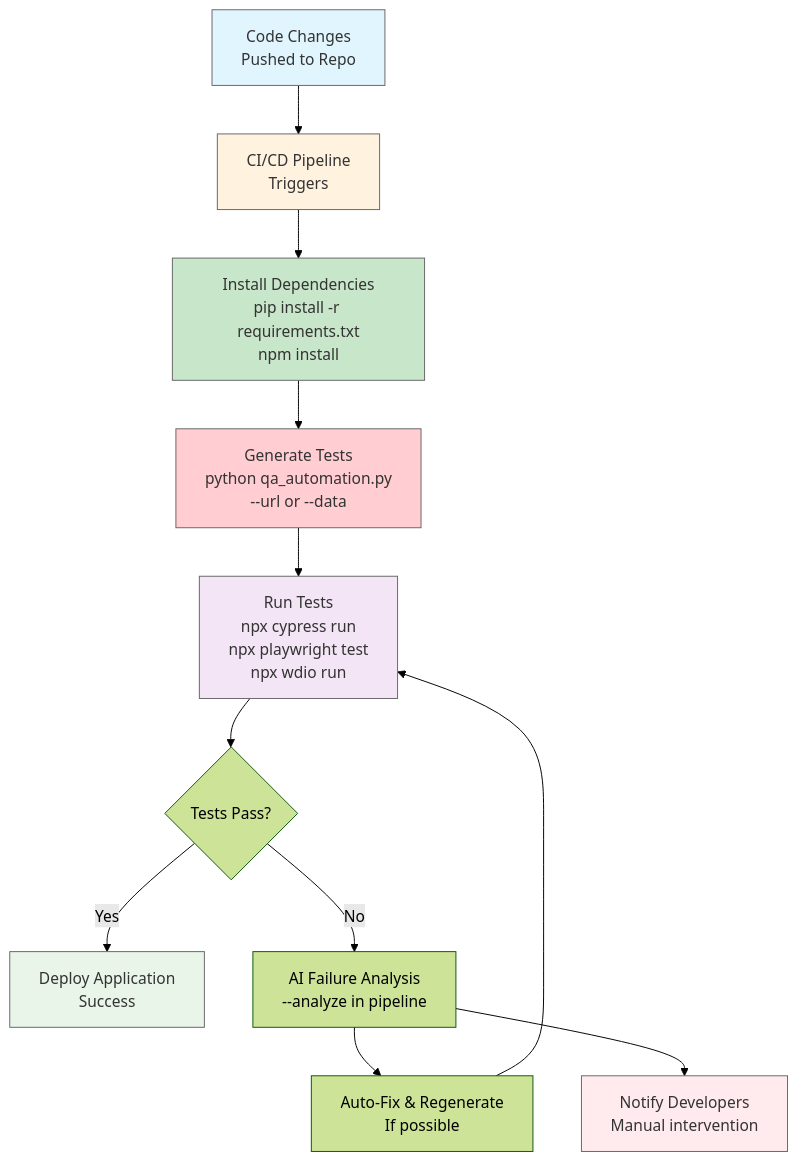
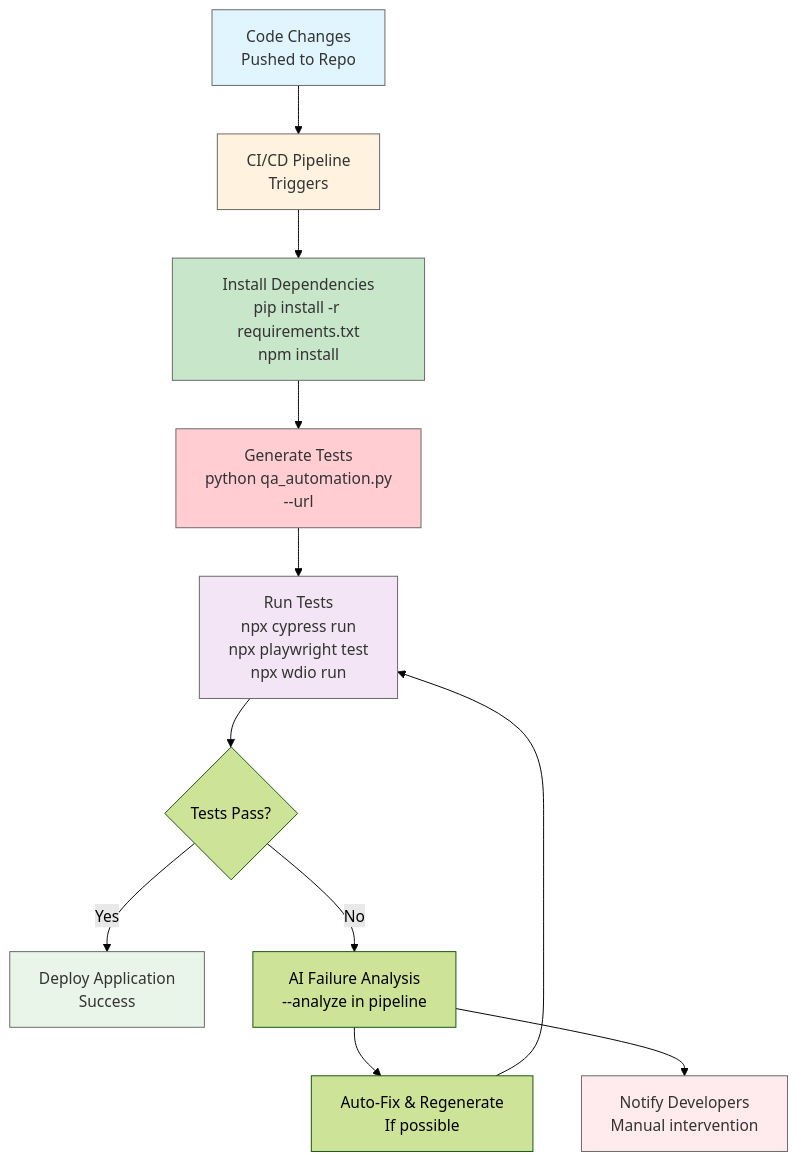
The third of 3 diagrams in README.md (aiqualitylab/ai-natural-language-tests), drawn with Mermaid (forest theme) before and after one commit. The commit also changed other lines of this file, not shown here.

````diff
--- a/README.md
+++ b/README.md
@@ -526,21 +532,21 @@
 ```mermaid
 flowchart TD
     A[Code Changes<br/>Pushed to Repo] --> B[CI/CD Pipeline<br/>Triggers]
     B --> C[Install Dependencies<br/>pip install -r requirements.txt<br/>npm install]
-    C --> D[Generate Tests<br/>python qa_automation.py<br/>--url or --data]
+    C --> D[Generate Tests<br/>python qa_automation.py<br/>--url]
     D --> E[Run Tests<br/>npx cypress run<br/>npx playwright test<br/>npx wdio run]
     E --> F{Tests Pass?}
     F -->|Yes| G[Deploy Application<br/>Success]
     F -->|No| H[AI Failure Analysis<br/>--analyze in pipeline]
     H --> I[Auto-Fix & Regenerate<br/>If possible]
     I --> E
     H --> J[Notify Developers<br/>Manual intervention]
 
     style A fill:#e1f5fe,color:#333333,stroke:#666666
     style B fill:#fff3e0,color:#333333,stroke:#666666
     style C fill:#c8e6c9,color:#333333,stroke:#666666
     style D fill:#ffcdd2,color:#333333,stroke:#666666
     style E fill:#f3e5f5,color:#333333,stroke:#666666
     style G fill:#e8f5e8,color:#333333,stroke:#666666
     style J fill:#ffebee,color:#333333,stroke:#666666
 ```
````
